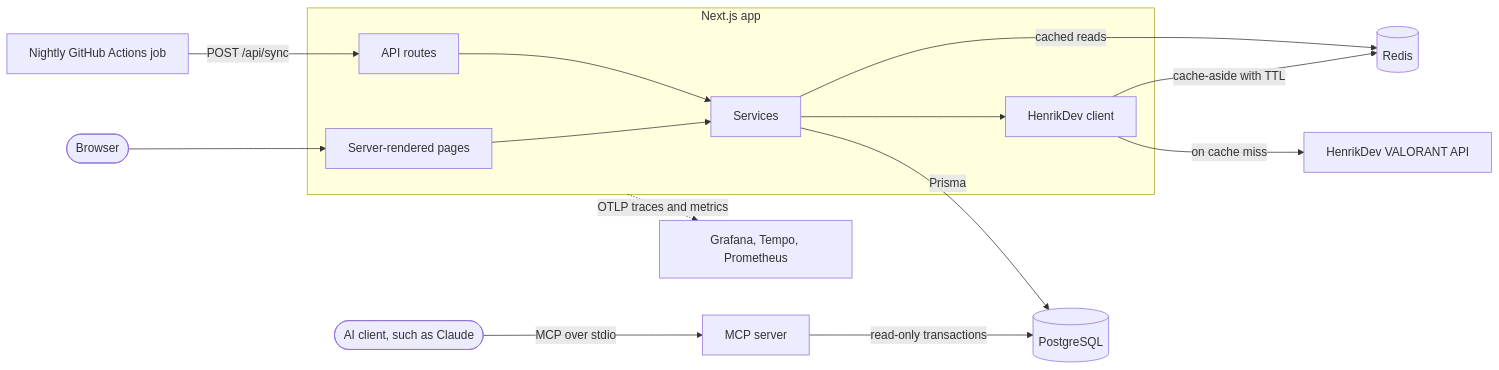
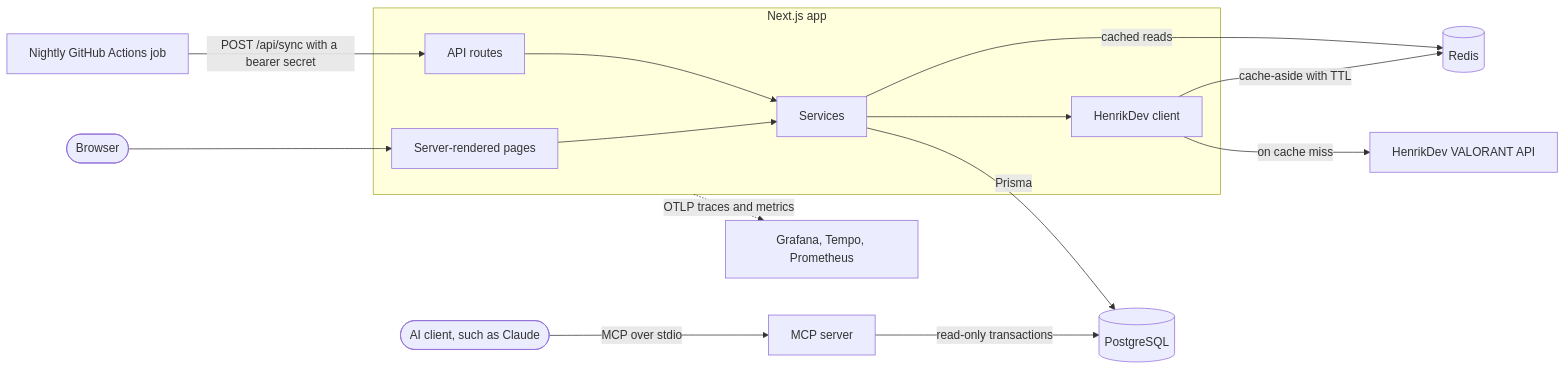
The diagram in README.md (andrewwsou/valorant-tracker), drawn with Mermaid before and after one commit. The commit also changed other lines of this file and 13 other files, not shown here.

Commit message:
Make the nightly sync fail loudly and require a secret for /api/sync

````diff
--- a/README.md
+++ b/README.md
@@ -28,18 +28,18 @@
 ```mermaid
 flowchart LR
     subgraph app [Next.js app]
         pages[Server-rendered pages] --> services[Services]
         api[API routes] --> services
         services --> client[HenrikDev client]
     end
 
     browser([Browser]) --> pages
-    cron[Nightly GitHub Actions job] -->|"POST /api/sync"| api
+    cron[Nightly GitHub Actions job] -->|"POST /api/sync with a bearer secret"| api
     client -->|cache-aside with TTL| redis[(Redis)]
     client -->|on cache miss| henrik[HenrikDev VALORANT API]
     services -->|cached reads| redis
     services -->|Prisma| postgres[(PostgreSQL)]
     app -.->|OTLP traces and metrics| lgtm[Grafana, Tempo, Prometheus]
     agent([AI client, such as Claude]) -->|"MCP over stdio"| mcp[MCP server]
     mcp -->|read-only transactions| postgres
 ```
````
